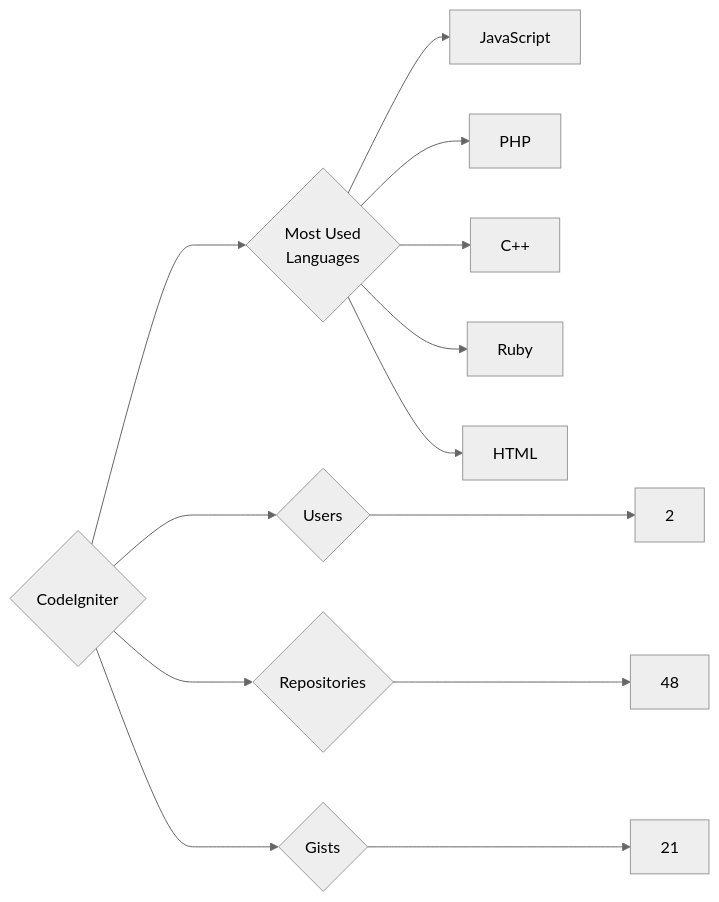
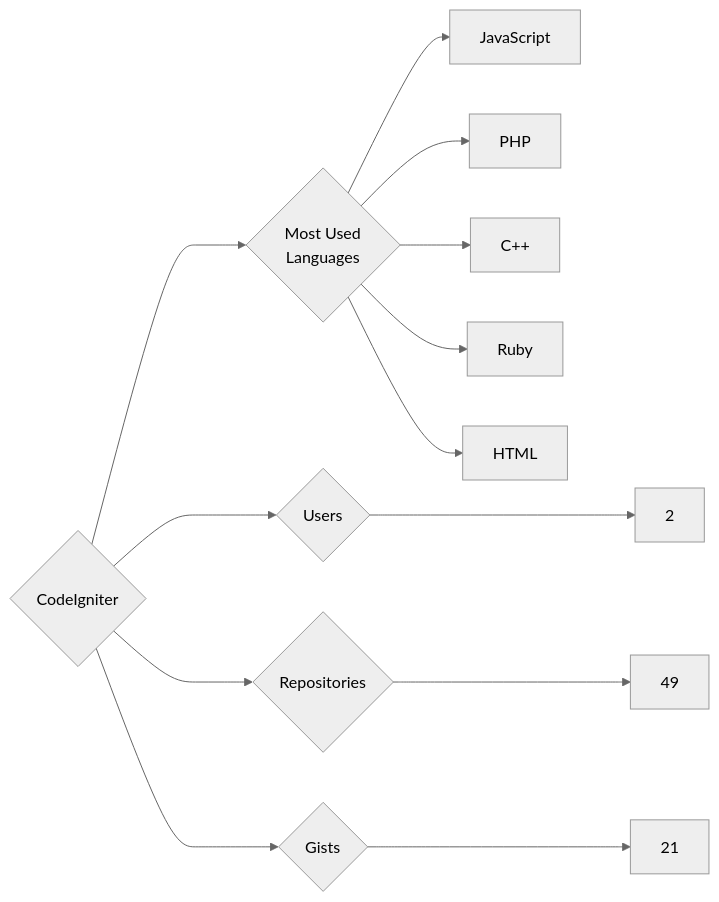
The diagram in targets/CodeIgniter/README.md (trickest/insiders), drawn with Mermaid (neutral theme) before and after one commit. The commit also changed 874 other files, not shown here.

````diff
--- a/targets/CodeIgniter/README.md
+++ b/targets/CodeIgniter/README.md
@@ -3,13 +3,13 @@
 ```mermaid
 graph LR
 COMPANY_NAME{CodeIgniter}
 COMPANY_NAME ---> U{Users} ---> UN[2]
-COMPANY_NAME ---> R{Repositories} ---> RN[48]
+COMPANY_NAME ---> R{Repositories} ---> RN[49]
 COMPANY_NAME ---> G{Gists} ---> GN[21]
 COMPANY_NAME ---> ML{Most Used<br>Languages}
 ML --> JavaScript[JavaScript]
 ML --> PHP[PHP]
 ML --> C++[C++]
 ML --> Ruby[Ruby]
 ML --> HTML[HTML]
 ```
````
